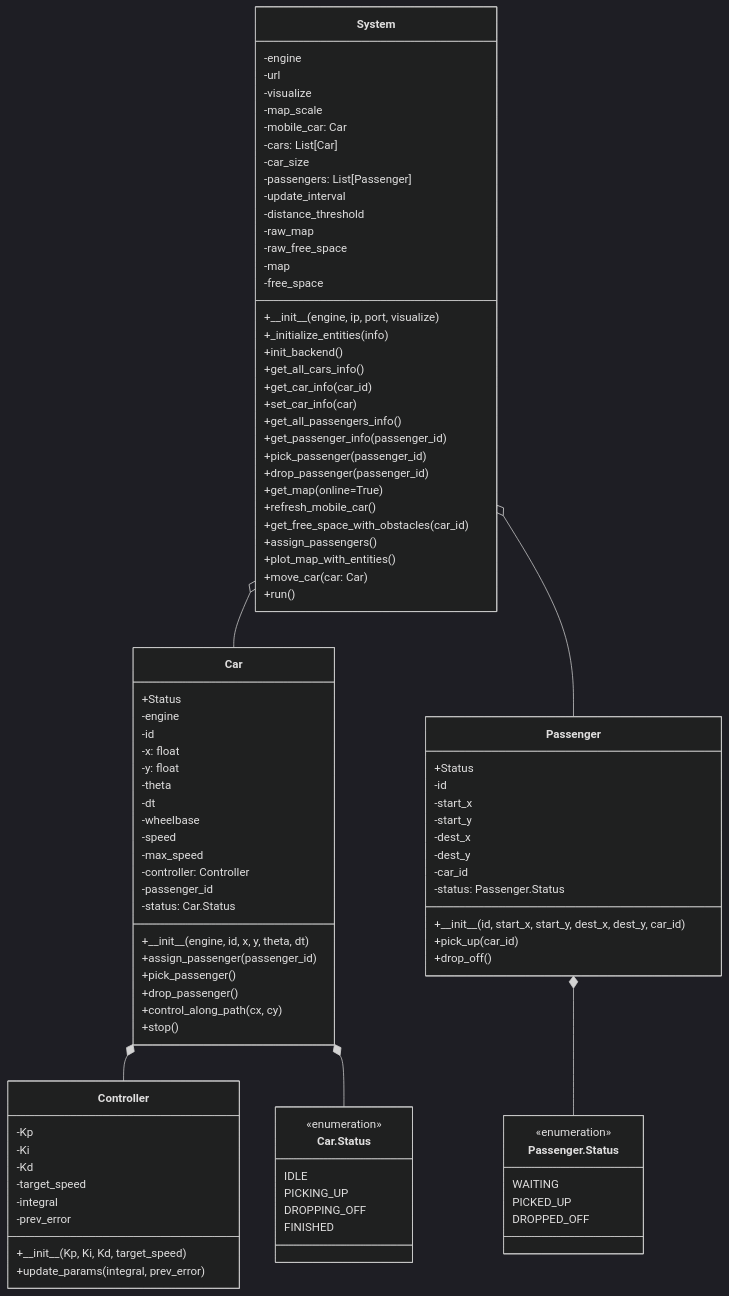
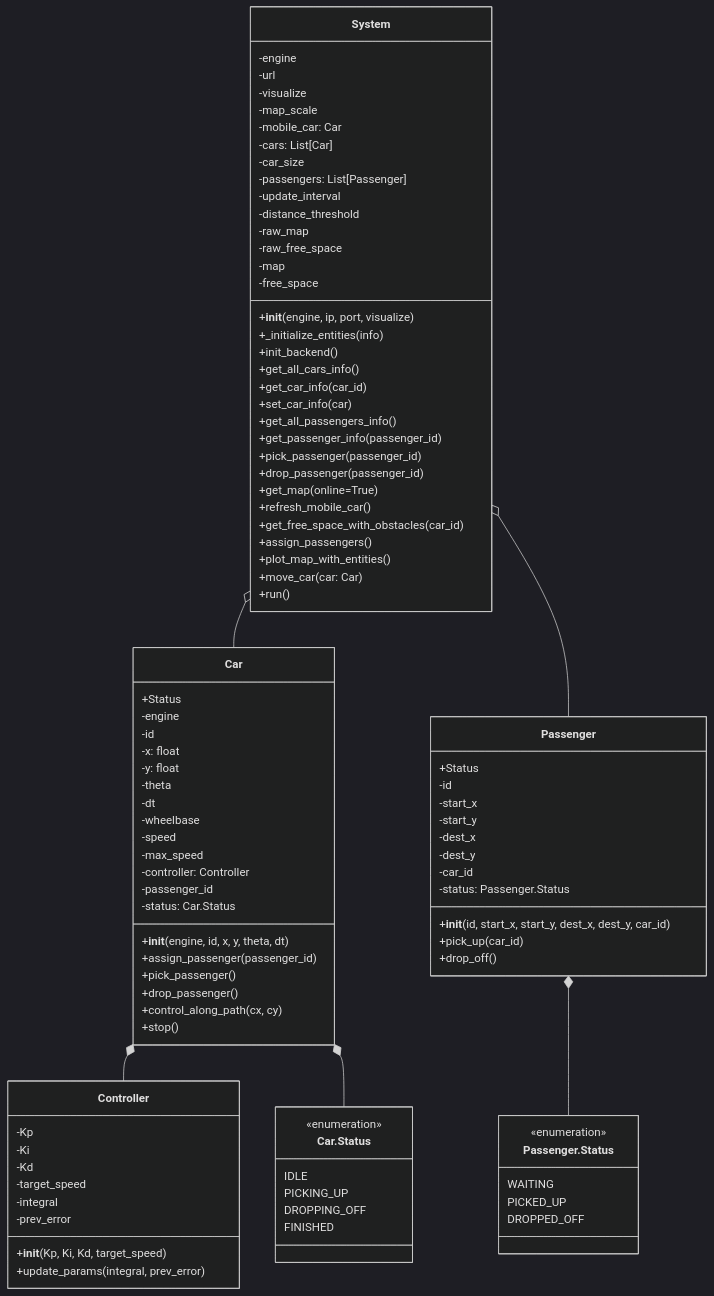
One commit to Blattvorhang/Vehicle-Routing-Sim changed the diagram in README.md. Above: the diagram before and after it, drawn with Mermaid (dark theme). The commit also changed other lines of this file, not shown here.

```diff
--- a/README.md
+++ b/README.md
@@ -27,8 +27,8 @@
         -raw_free_space
         -map
         -free_space
-        +\_\_init\_\_(engine, ip, port, visualize)
-        +\_initialize_entities(info)
+        +__init__(engine, ip, port, visualize)
+        +_initialize_entities(info)
         +init_backend()
         +get_all_cars_info()
         +get_car_info(car_id)
@@ -60,7 +60,7 @@
         -controller: Controller
         -passenger_id
         -status: Car.Status
-        +\_\_init\_\_(engine, id, x, y, theta, dt)
+        +__init__(engine, id, x, y, theta, dt)
         +assign_passenger(passenger_id)
         +pick_passenger()
         +drop_passenger()
@@ -75,7 +75,7 @@
         -target_speed
         -integral
         -prev_error
-        +\_\_init\_\_(Kp, Ki, Kd, target_speed)
+        +__init__(Kp, Ki, Kd, target_speed)
         +update_params(integral, prev_error)
     }
 
@@ -88,7 +88,7 @@
         -dest_y
         -car_id
         -status: Passenger.Status
-        +\_\_init\_\_(id, start_x, start_y, dest_x, dest_y, car_id)
+        +__init__(id, start_x, start_y, dest_x, dest_y, car_id)
         +pick_up(car_id)
         +drop_off()
     }
```
